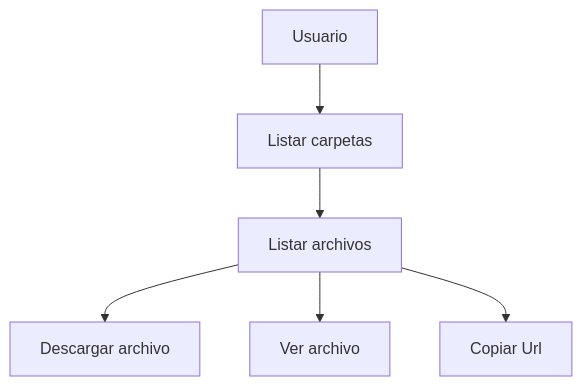
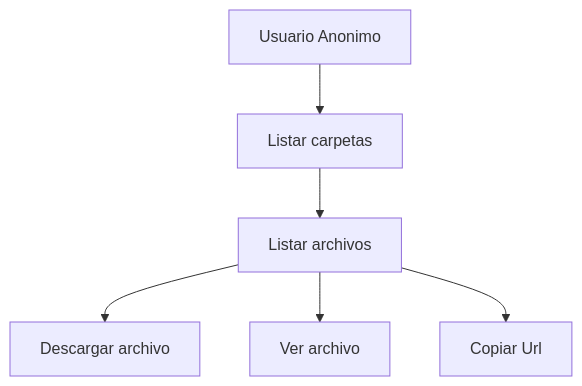
One commit to jotacalderon90/cf.archivospublicos changed the first of 2 diagrams in README.md. Above: the diagram before and after it, drawn with Mermaid. The commit also changed other lines of this file, not shown here.

Commit message:
mejora diagrama en readme

````diff
--- a/README.md
+++ b/README.md
@@ -48,8 +50,8 @@
 ```mermaid
 graph TD
-A[Usuario] --> B[Listar carpetas]
+A[Usuario Anonimo] --> B[Listar carpetas]
 B --> C[Listar archivos]
 C --> D[Descargar archivo]
 C --> E[Ver archivo]
 C --> F[Copiar Url]
 ```
````
